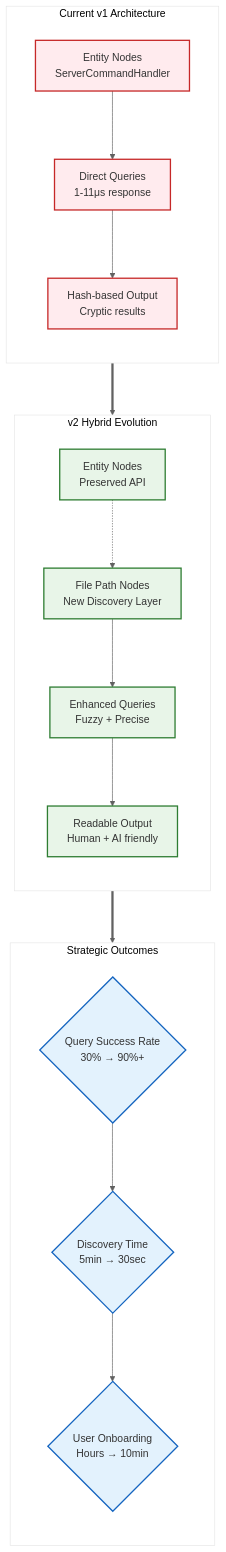
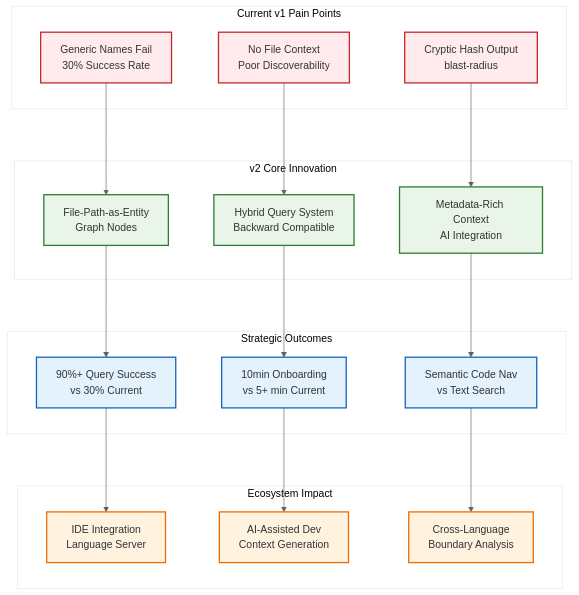
One commit to that-in-rust/pensieve-local-llm-server changed the diagram in gringotts/WorkArea/INGEST_20250930104957_300_10.md. Above: the diagram before and after it, drawn with Mermaid. The commit also changed other lines of this file and 5 other files, not shown here.

````diff
--- a/gringotts/WorkArea/INGEST_20250930104957_300_10.md
+++ b/gringotts/WorkArea/INGEST_20250930104957_300_10.md
@@ -104,63 +113,67 @@
 ```mermaid
 %%{init: {
   "theme": "base",
   "themeVariables": {
     "primaryColor": "#F5F5F5",
     "secondaryColor": "#E0E0E0",
     "lineColor": "#616161",
     "textColor": "#212121",
     "fontSize": "16px",
     "fontFamily": "Helvetica, Arial, sans-serif"
   },
   "flowchart": {
     "nodeSpacing": 70,
     "rankSpacing": 80,
     "wrappingWidth": 160,
     "curve": "basis"
   },
   "useMaxWidth": false
 }}%%
 
 flowchart TD
-    subgraph "Current v1 Architecture"
-        direction TB
-        A1[Entity Nodes<br/>ServerCommandHandler]
-        A2[Direct Queries<br/>1-11μs response]
-        A3[Hash-based Output<br/>Cryptic results]
-        A1 --> A2
-        A2 --> A3
+    subgraph "Current v1 Pain Points"
+        A1[Generic Names Fail<br/>30% Success Rate]
+        A2[No File Context<br/>Poor Discoverability]
+        A3[Cryptic Hash Output<br/>blast-radius]
     end
     
-    subgraph "v2 Hybrid Evolution"
-        direction TB
-        B1[Entity Nodes<br/>Preserved API]
-        B2[File Path Nodes<br/>New Discovery Layer]
-        B3[Enhanced Queries<br/>Fuzzy + Precise]
-        B4[Readable Output<br/>Human + AI friendly]
-        
-        B1 -.-> B2
-        B2 --> B3
-        B3 --> B4
+    subgraph "v2 Core Innovation"
+        B1[File-Path-as-Entity<br/>Graph Nodes]
+        B2[Hybrid Query System<br/>Backward Compatible]
+        B3[Metadata-Rich Context<br/>AI Integration]
     end
     
     subgraph "Strategic Outcomes"
-        direction TB
-        C1{Query Success Rate<br/>30% → 90%+}
-        C2{Discovery Time<br/>5min → 30sec}
-        C3{User Onboarding<br/>Hours → 10min}
-        
-        C1 --> C2
-        C2 --> C3
+        C1[90%+ Query Success<br/>vs 30% Current]
+        C2[10min Onboarding<br/>vs 5+ min Current]
+        C3[Semantic Code Nav<br/>vs Text Search]
     end
     
-    A3 ==> B1
-    B4 ==> C1
+    subgraph "Ecosystem Impact"
+        D1[IDE Integration<br/>Language Server]
+        D2[AI-Assisted Dev<br/>Context Generation]
+        D3[Cross-Language<br/>Boundary Analysis]
+    end
     
-    classDef current fill:#ffebee,stroke:#c62828,stroke-width:2px
-    classDef evolution fill:#e8f5e8,stroke:#2e7d32,stroke-width:2px
+    A1 --> B1
+    A2 --> B2
+    A3 --> B3
+    
+    B1 --> C1
+    B2 --> C2
+    B3 --> C3
+    
+    C1 --> D1
+    C2 --> D2
+    C3 --> D3
+    
+    classDef problem fill:#ffebee,stroke:#c62828,stroke-width:2px
+    classDef solution fill:#e8f5e8,stroke:#2e7d32,stroke-width:2px
     classDef outcome fill:#e3f2fd,stroke:#1565c0,stroke-width:2px
+    classDef impact fill:#fff3e0,stroke:#ef6c00,stroke-width:2px
     
-    class A1,A2,A3 current
-    class B1,B2,B3,B4 evolution
+    class A1,A2,A3 problem
+    class B1,B2,B3 solution
     class C1,C2,C3 outcome
+    class D1,D2,D3 impact
 ```
````
